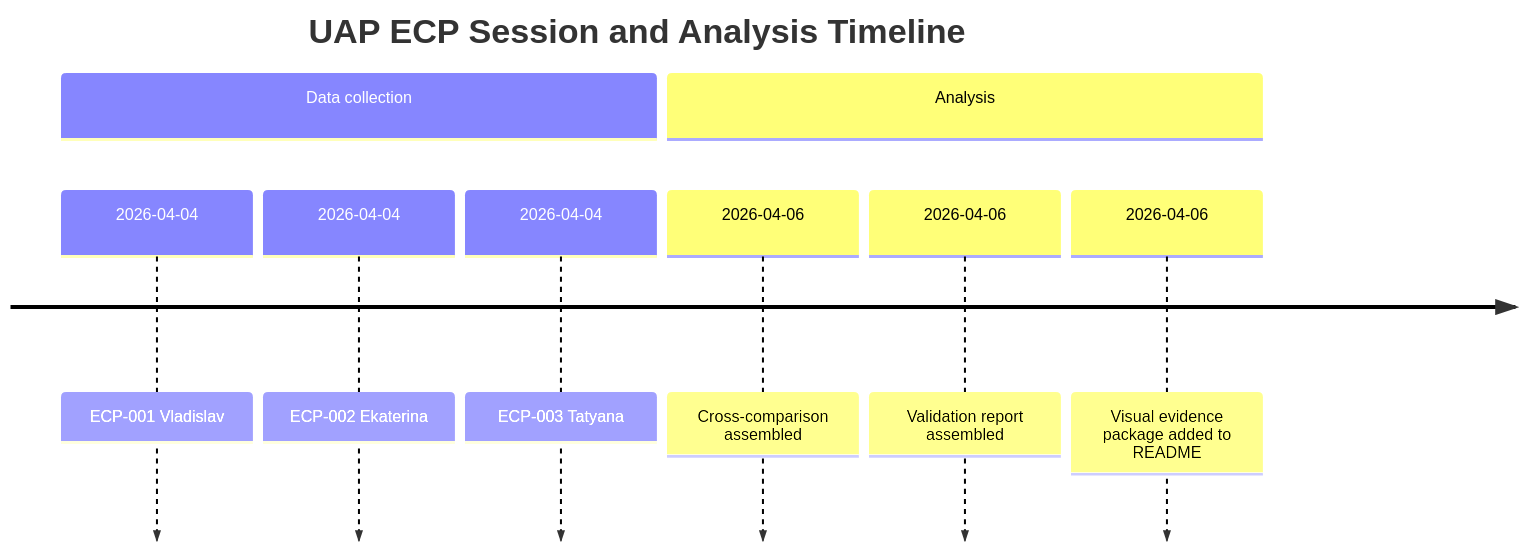
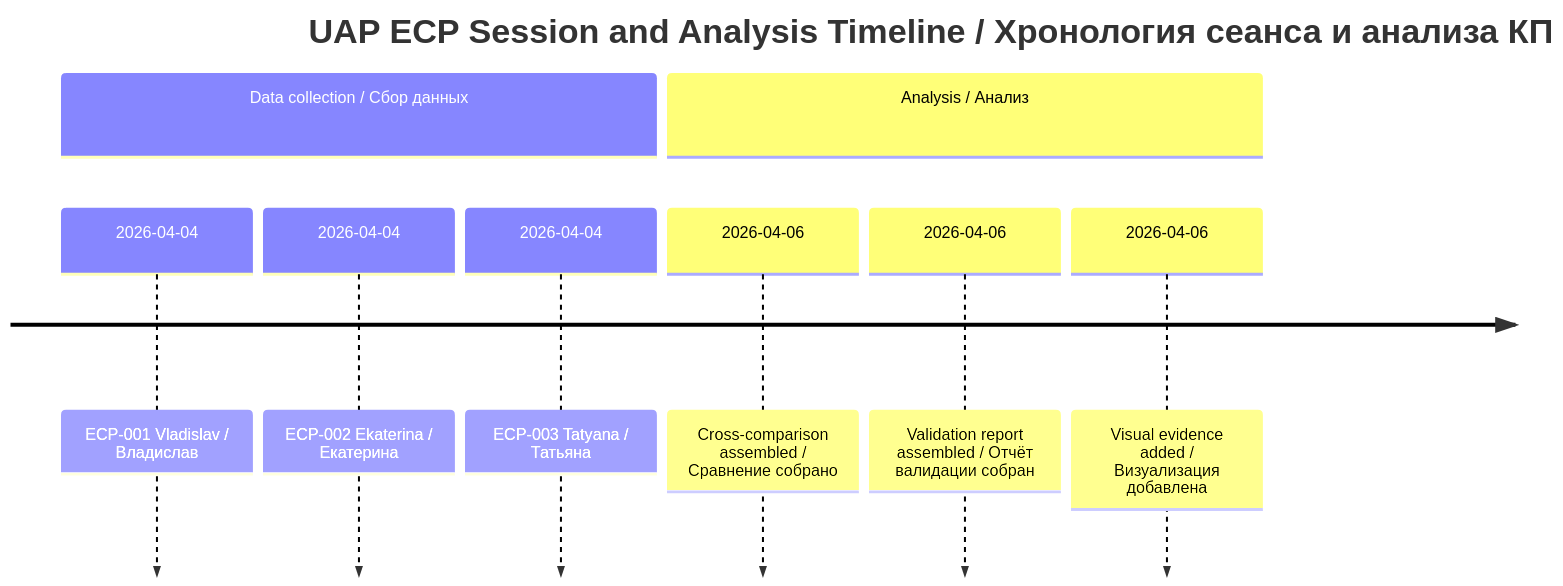
The fourth of 4 diagrams in README.md (AdvancedScientificResearchProjects/UAP_Reverse_Engineering_Study), drawn with Mermaid before and after one commit. The commit also changed other lines of this file and 2 other files, not shown here.

First line of the commit message:
docs: bilingual fixes, НЛО to НАЯ, mermaid translations, email corrections

````diff
--- a/README.md
+++ b/README.md
@@ -189,12 +189,12 @@
 ```mermaid
 timeline
-    title UAP ECP Session and Analysis Timeline
-    section Data collection
-        2026-04-04 : ECP-001 Vladislav
-        2026-04-04 : ECP-002 Ekaterina
-        2026-04-04 : ECP-003 Tatyana
-    section Analysis
-        2026-04-06 : Cross-comparison assembled
-        2026-04-06 : Validation report assembled
-        2026-04-06 : Visual evidence package added to README
+    title UAP ECP Session and Analysis Timeline / Хронология сеанса и анализа КП
+    section Data collection / Сбор данных
+        2026-04-04 : ECP-001 Vladislav / Владислав
+        2026-04-04 : ECP-002 Ekaterina / Екатерина
+        2026-04-04 : ECP-003 Tatyana / Татьяна
+    section Analysis / Анализ
+        2026-04-06 : Cross-comparison assembled / Сравнение собрано
+        2026-04-06 : Validation report assembled / Отчёт валидации собран
+        2026-04-06 : Visual evidence added / Визуализация добавлена
 ```
````
